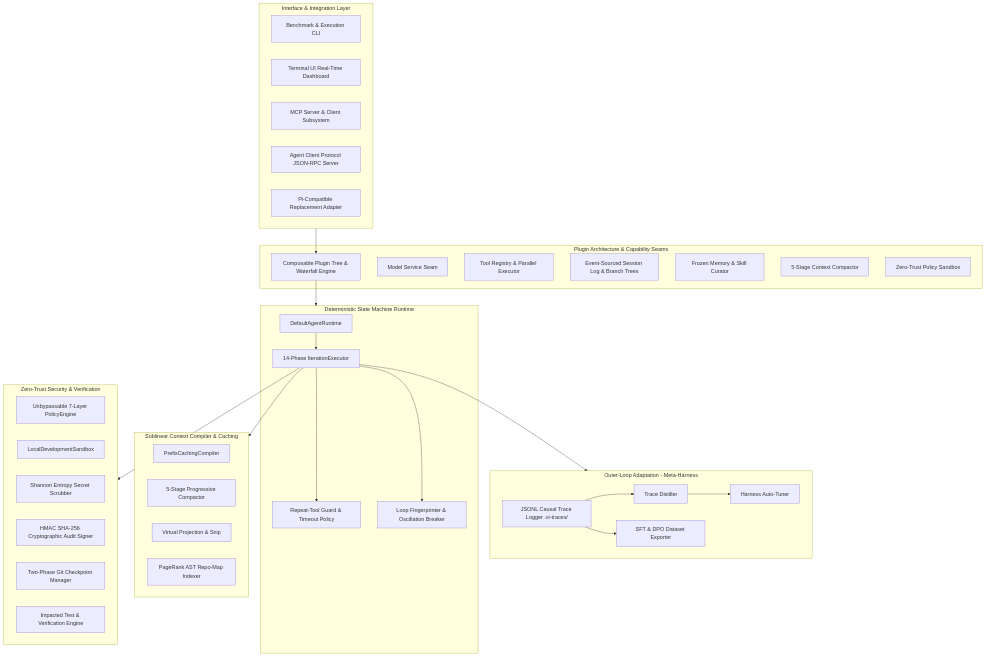
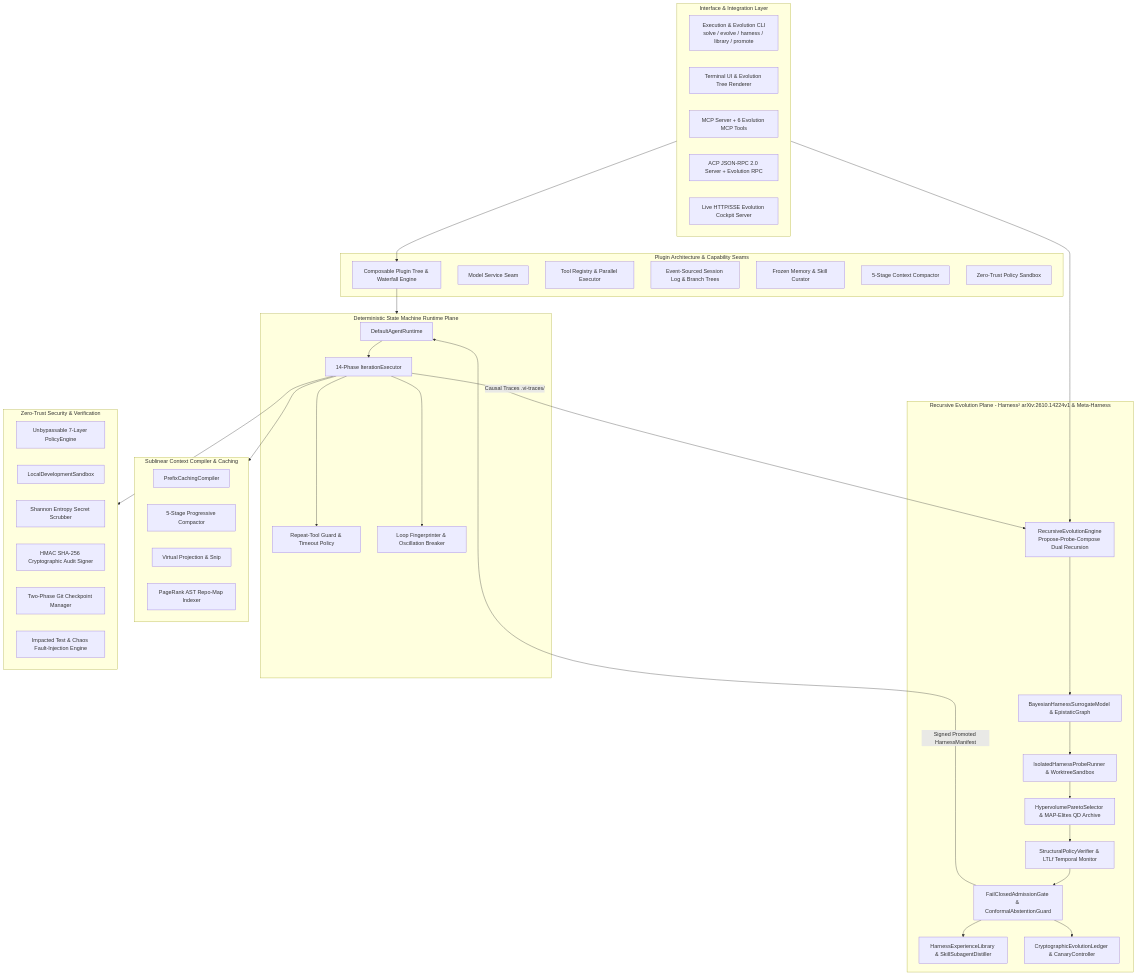
Before and after one commit to vfcarida/ViHarness: the second of 3 diagrams in README.md, drawn with Mermaid. The commit also changed other lines of this file and 6 other files, not shown here.

Commit message:
docs: synchronize README, references, and attribution tests with Google Research Harness² (arXiv:2610.14224v1)

````diff
--- a/README.md
+++ b/README.md
@@ -98,62 +111,70 @@
 ```mermaid
 flowchart TB
     subgraph UI_Layer [Interface & Integration Layer]
-        CLI[Benchmark & Execution CLI]
-        TUI[Terminal UI Real-Time Dashboard]
-        MCPServer[MCP Server & Client Subsystem]
-        ACPServer[Agent Client Protocol JSON-RPC Server]
-        PiAdapter[Pi-Compatible Replacement Adapter]
+        CLI[Execution & Evolution CLI\nsolve / evolve / harness / library / promote]
+        TUI[Terminal UI & Evolution Tree Renderer]
+        MCPServer[MCP Server + 6 Evolution MCP Tools]
+        ACPServer[ACP JSON-RPC 2.0 Server + Evolution RPC]
+        Cockpit[Live HTTP/SSE Evolution Cockpit Server]
     end
 
     subgraph Plugin_Layer [Plugin Architecture & Capability Seams]
         PluginTree[Composable Plugin Tree & Waterfall Engine]
         ModelSeam[Model Service Seam]
         ToolSeam[Tool Registry & Parallel Executor]
         SessionSeam[Event-Sourced Session Log & Branch Trees]
         MemorySeam[Frozen Memory & Skill Curator]
         CompactorSeam[5-Stage Context Compactor]
         SandboxSeam[Zero-Trust Policy Sandbox]
     end
 
-    subgraph OuterLoop_Layer [Outer-Loop Adaptation - Meta-Harness]
-        TraceLogger[JSONL Causal Trace Logger .vi-traces/]
-        Distiller[Trace Distiller]
-        AutoTuner[Harness Auto-Tuner]
-        DatasetExporter[SFT & DPO Dataset Exporter]
-        TraceLogger --> Distiller --> AutoTuner
-        TraceLogger --> DatasetExporter
+    subgraph Evolution_Plane [Recursive Evolution Plane - Harness² arXiv:2610.14224v1 & Meta-Harness]
+        EvoEngine[RecursiveEvolutionEngine\nPropose-Probe-Compose Dual Recursion]
+        Surrogate[BayesianHarnessSurrogateModel & EpistaticGraph]
+        Prober[IsolatedHarnessProbeRunner & WorktreeSandbox]
+        Selectors[HypervolumeParetoSelector & MAP-Elites QD Archive]
+        Verifiers[StructuralPolicyVerifier & LTLf Temporal Monitor]
+        Admission[FailClosedAdmissionGate & ConformalAbstentionGuard]
+        ExpLib[HarnessExperienceLibrary & SkillSubagentDistiller]
+        Ledger[CryptographicEvolutionLedger & CanaryController]
+
+        EvoEngine --> Surrogate --> Prober --> Selectors --> Verifiers --> Admission
+        Admission --> ExpLib
+        Admission --> Ledger
     end
 
-    subgraph Core_Runtime [Deterministic State Machine Runtime]
+    subgraph Core_Runtime [Deterministic State Machine Runtime Plane]
         RuntimeEngine[DefaultAgentRuntime]
         IterationLoop[14-Phase IterationExecutor]
         LoopGuards[Repeat-Tool Guard & Timeout Policy]
         OscillationBreaker[Loop Fingerprinter & Oscillation Breaker]
         
         RuntimeEngine --> IterationLoop
         IterationLoop --> LoopGuards
         IterationLoop --> OscillationBreaker
     end
 
     subgraph Context_Subsystem [Sublinear Context Compiler & Caching]
         PrefixCompiler[PrefixCachingCompiler]
         FiveStageCompactor[5-Stage Progressive Compactor]
         ContextCollapse[Virtual Projection & Snip]
         ASTRepoMap[PageRank AST Repo-Map Indexer]
     end
 
     subgraph Security_Verification [Zero-Trust Security & Verification]
         PolicyEngine[Unbypassable 7-Layer PolicyEngine]
         LocalSandbox[LocalDevelopmentSandbox]
         EntropyScrubber[Shannon Entropy Secret Scrubber]
         AuditSigner[HMAC SHA-256 Cryptographic Audit Signer]
         TwoPhaseGit[Two-Phase Git Checkpoint Manager]
-        TestRunner[Impacted Test & Verification Engine]
+        TestRunner[Impacted Test & Chaos Fault-Injection Engine]
     end
 
     UI_Layer --> PluginTree
+    UI_Layer --> EvoEngine
     PluginTree --> Core_Runtime
+    Admission -->|Signed Promoted HarnessManifest| RuntimeEngine
     IterationLoop --> Context_Subsystem
     IterationLoop --> Security_Verification
-    IterationLoop --> OuterLoop_Layer
+    IterationLoop -->|Causal Traces .vi-traces/| EvoEngine
 ```
````
